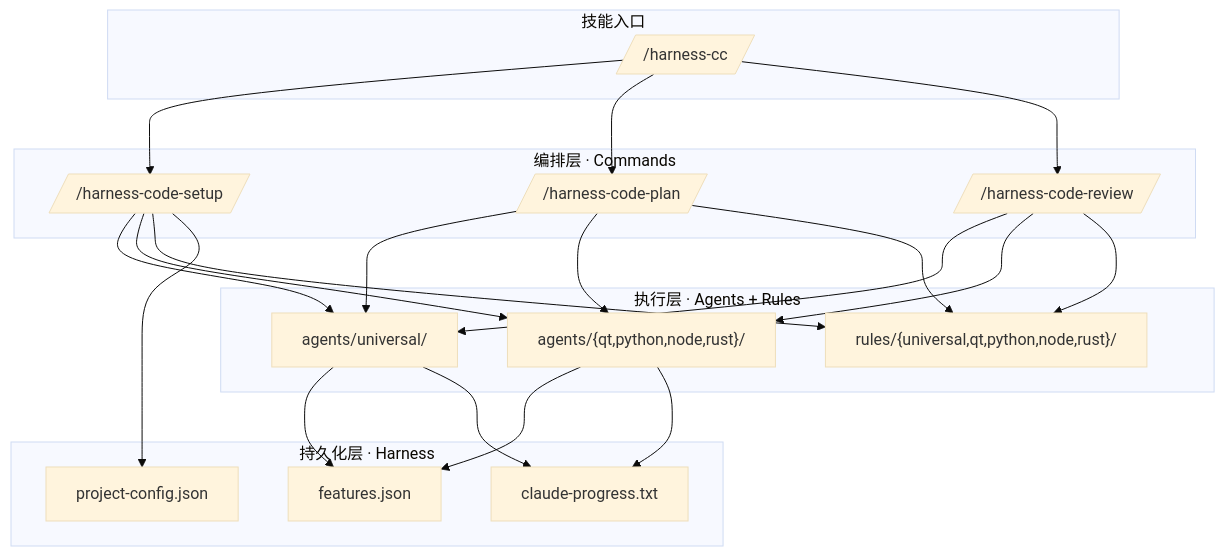
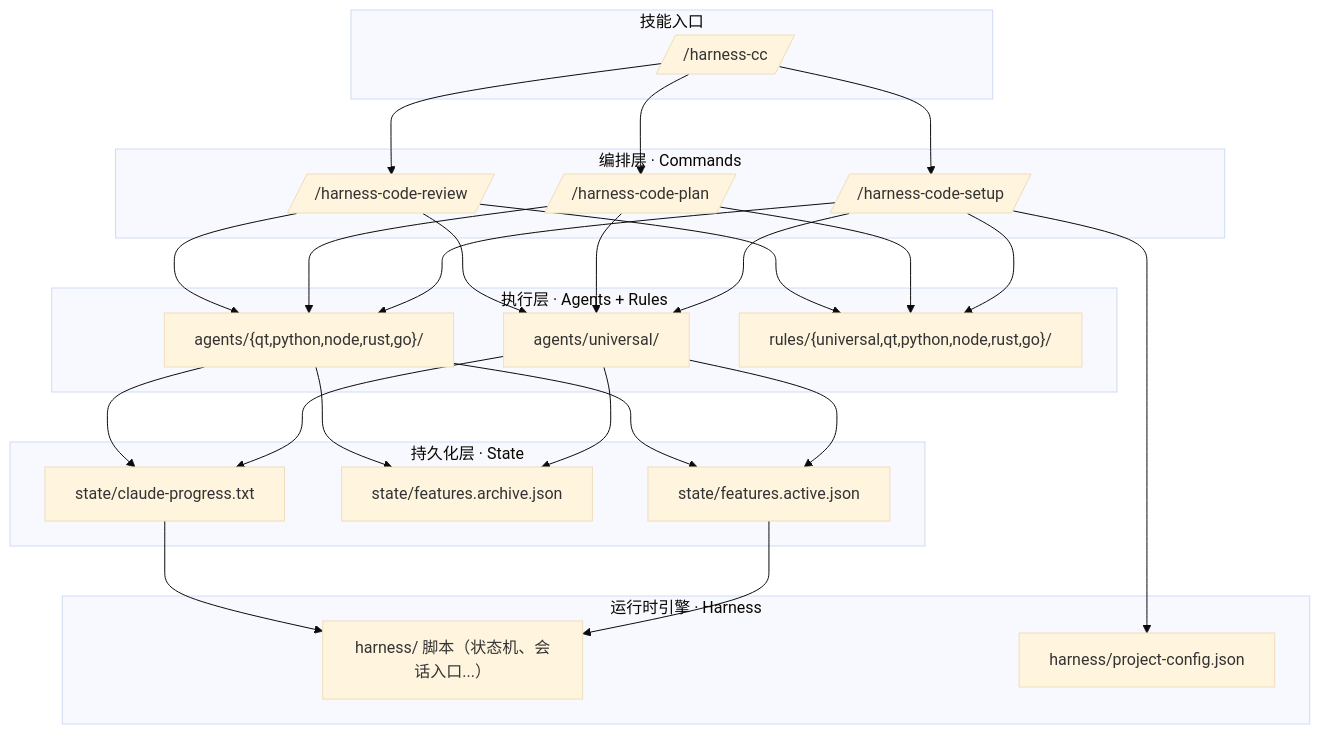
The diagram in skills/harness-cc/README.md (jovetickop/Animus), drawn with Mermaid (base theme) before and after one commit. The commit also changed other lines of this file and 64 other files, not shown here.

````diff
--- a/skills/harness-cc/README.md
+++ b/skills/harness-cc/README.md
@@ -22,26 +39,32 @@
 ```mermaid
 flowchart TB
     subgraph 技能入口
         SKILL[/"/harness-cc"/]
     end
     subgraph 编排层[编排层 · Commands]
         C1[/"/harness-code-setup"/]
         C2[/"/harness-code-plan"/]
         C3[/"/harness-code-review"/]
     end
     subgraph 执行层[执行层 · Agents + Rules]
         A1["agents/universal/"]
-        A2["agents/{qt,python,node,rust}/"]
-        R["rules/{universal,qt,python,node,rust}/"]
+        A2["agents/{qt,python,node,rust,go}/"]
+        R["rules/{universal,qt,python,node,rust,go}/"]
     end
-    subgraph 持久化层[持久化层 · Harness]
-        F["features.json"]
-        P["project-config.json"]
-        L["claude-progress.txt"]
+    subgraph 持久化层[持久化层 · State]
+        F["state/features.active.json"]
+        A["state/features.archive.json"]
+        L["state/claude-progress.txt"]
+    end
+    subgraph 运行时引擎[运行时引擎 · Harness]
+        H["harness/ 脚本（状态机、会话入口...）"]
+        P["harness/project-config.json"]
     end
 
     SKILL --> C1 & C2 & C3
     C1 & C2 & C3 --> A1 & A2 & R
-    A1 & A2 --> F & L
+    A1 & A2 --> F & A & L
     C1 --> P
+    F --> H
+    L --> H
 ```
````
